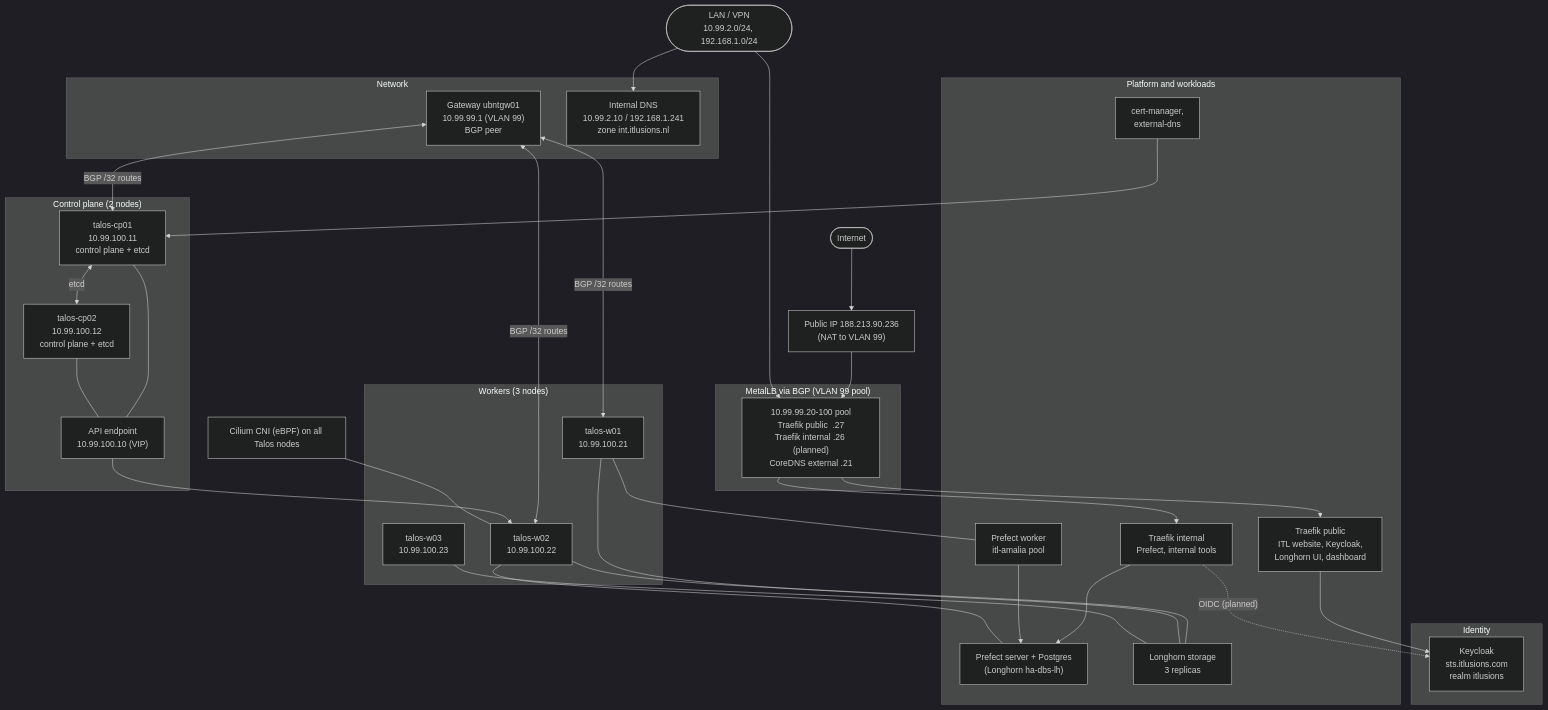
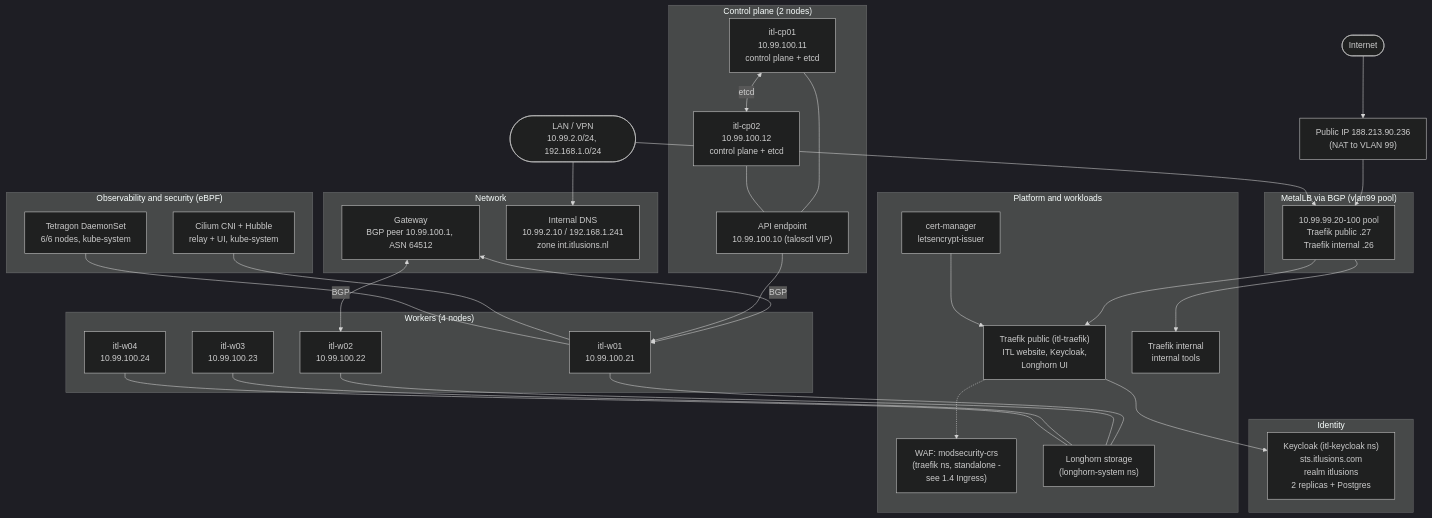
The diagram in docs/1-cluster/1.1-architecture.md (ITlusions/ITL.K8S), drawn with Mermaid (dark theme) before and after one commit. The commit also changed other lines of this file and 45 other files, not shown here.

````diff
--- a/docs/1-cluster/1.1-architecture.md
+++ b/docs/1-cluster/1.1-architecture.md
@@ -7,64 +9,66 @@
 ```mermaid
 flowchart TB
     INET(["Internet"])
     NAT["Public IP 188.213.90.236<br/>(NAT to VLAN 99)"]
     LAN(["LAN / VPN<br/>10.99.2.0/24, 192.168.1.0/24"])
 
     subgraph NET["Network"]
-        GW["Gateway ubntgw01<br/>10.99.99.1 (VLAN 99)<br/>BGP peer"]
+        GW["Gateway<br/>BGP peer 10.99.100.1, ASN 64512"]
         DNS["Internal DNS<br/>10.99.2.10 / 192.168.1.241<br/>zone int.itlusions.nl"]
     end
 
-    subgraph POOL["MetalLB via BGP (VLAN 99 pool)"]
-        LB1["10.99.99.20-100 pool<br/>Traefik public  .27<br/>Traefik internal .26 (planned)<br/>CoreDNS external .21"]
+    subgraph POOL["MetalLB via BGP (vlan99 pool)"]
+        LB1["10.99.99.20-100 pool<br/>Traefik public  .27<br/>Traefik internal .26"]
     end
 
     subgraph CP["Control plane (2 nodes)"]
-        VIP["API endpoint<br/>10.99.100.10 (VIP)"]
-        CP1["talos-cp01<br/>10.99.100.11<br/>control plane + etcd"]
-        CP2["talos-cp02<br/>10.99.100.12<br/>control plane + etcd"]
+        VIP["API endpoint<br/>10.99.100.10 (talosctl VIP)"]
+        CP1["itl-cp01<br/>10.99.100.11<br/>control plane + etcd"]
+        CP2["itl-cp02<br/>10.99.100.12<br/>control plane + etcd"]
     end
 
-    subgraph WK["Workers (3 nodes)"]
-        W1["talos-w02<br/>10.99.100.22"]
-        W2["talos-w01<br/>10.99.100.21"]
-        W3["talos-w03<br/>10.99.100.23"]
+    subgraph WK["Workers (4 nodes)"]
+        W1["itl-w01<br/>10.99.100.21"]
+        W2["itl-w02<br/>10.99.100.22"]
+        W3["itl-w03<br/>10.99.100.23"]
+        W4["itl-w04<br/>10.99.100.24"]
     end
 
     subgraph ID["Identity"]
-        KC["Keycloak<br/>sts.itlusions.com<br/>realm itlusions"]
+        KC["Keycloak (itl-keycloak ns)<br/>sts.itlusions.com<br/>realm itlusions<br/>2 replicas + Postgres"]
     end
 
     subgraph APPS["Platform and workloads"]
-        P1["Traefik public<br/>ITL website, Keycloak,<br/>Longhorn UI, dashboard"]
-        P2["Traefik internal<br/>Prefect, internal tools"]
-        P3["Prefect server + Postgres<br/>(Longhorn ha-dbs-lh)"]
-        P4["Prefect worker<br/>itl-amalia pool"]
-        P5["Longhorn storage<br/>3 replicas"]
-        P6["cert-manager,<br/>external-dns"]
+        P1["Traefik public (itl-traefik)<br/>ITL website, Keycloak,<br/>Longhorn UI"]
+        P2["Traefik internal<br/>internal tools"]
+        P3["WAF: modsecurity-crs<br/>(traefik ns, standalone -<br/>see 1.4 Ingress)"]
+        P5["Longhorn storage<br/>(longhorn-system ns)"]
+        P6["cert-manager<br/>letsencrypt-issuer"]
+    end
+
+    subgraph SEC["Observability and security (eBPF)"]
+        CILIUM["Cilium CNI + Hubble<br/>relay + UI, kube-system"]
+        TETRAGON["Tetragon DaemonSet<br/>6/6 nodes, kube-system"]
     end
 
     INET --> NAT --> LB1
     LAN --> LB1
     LAN --> DNS
-    GW <-- "BGP /32 routes" --> CP1
-    GW <-- "BGP /32 routes" --> W1
-    GW <-- "BGP /32 routes" --> W2
+    GW <-- "BGP" --> W1
+    GW <-- "BGP" --> W2
     LB1 --> P1
+    LB1 --> P2
     P1 --> KC
-    P2 -. "OIDC (planned)" .-> KC
-    LB1 --> P2
-    P2 --> P3
-    P4 --> P3
+    P1 -.-> P3
     CP1 --- VIP
     CP2 --- VIP
     CP1 <-- "etcd" --> CP2
     VIP --> W1
     W1 --- P5
-    CILIUM["Cilium CNI (eBPF) on all Talos nodes"] --- W1
+    CILIUM --- W1
+    TETRAGON --- W1
     W2 --- P5
     W3 --- P5
-    P6 --> CP1
-    W1 --- P3
-    W2 --- P4
+    W4 --- P5
+    P6 --> P1
 ```
````
